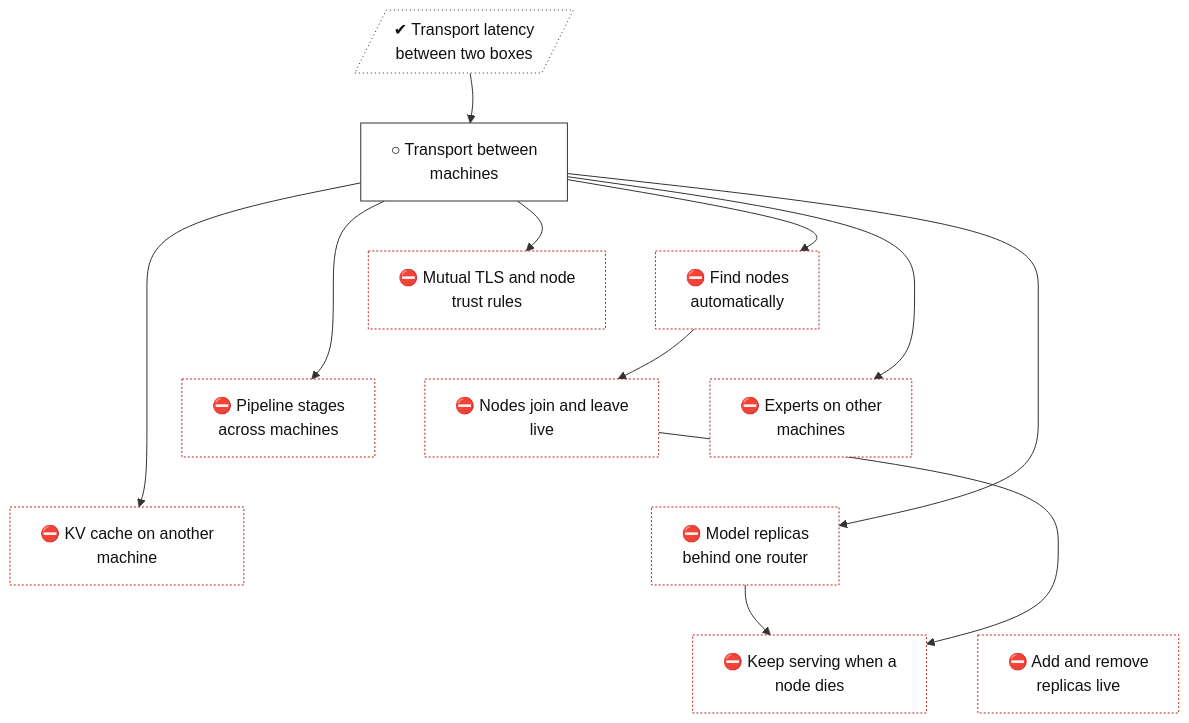
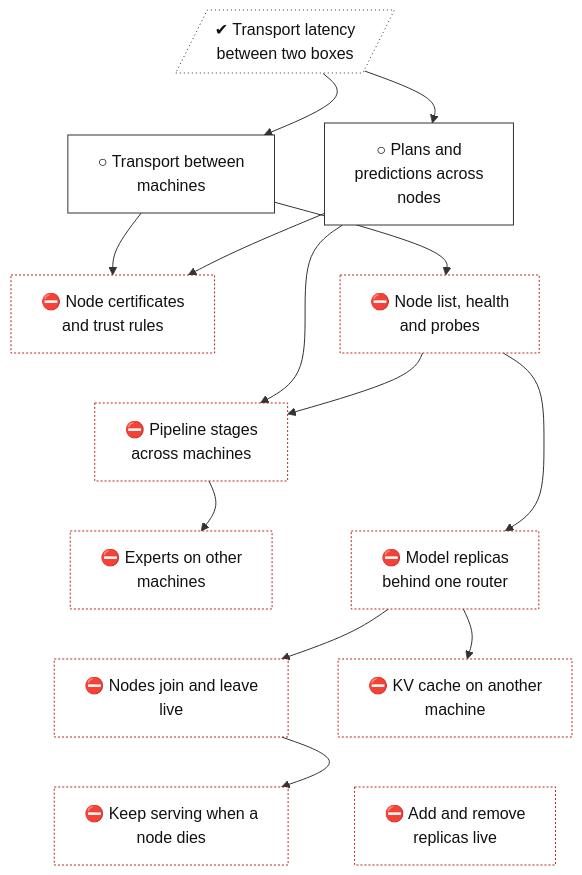
Before and after one commit to lhns/tetraeder: the diagram in docs/roadmap/tracks/cluster.md, drawn with Mermaid. The commit also changed other lines of this file and 8 other files, not shown here.

````diff
--- a/docs/roadmap/tracks/cluster.md
+++ b/docs/roadmap/tracks/cluster.md
@@ -10,52 +10,56 @@
 ```mermaid
 flowchart TB
     cluster_transport_wan[/"✔ Transport latency<br/>between two boxes"/]
     cluster_transport["○ Transport between<br/>machines"]
-    cluster_mtls["⛔ Mutual TLS and node<br/>trust rules"]
-    cluster_discovery["⛔ Find nodes<br/>automatically"]
-    cluster_join_leave["⛔ Nodes join and leave<br/>live"]
+    cluster_planner["○ Plans and<br/>predictions across<br/>nodes"]
+    cluster_mtls["⛔ Node certificates<br/>and trust rules"]
+    cluster_discovery["⛔ Node list, health<br/>and probes"]
     cluster_pipeline_nodes["⛔ Pipeline stages<br/>across machines"]
     cluster_experts_nodes["⛔ Experts on other<br/>machines"]
+    cluster_replicas["⛔ Model replicas<br/>behind one router"]
+    cluster_join_leave["⛔ Nodes join and leave<br/>live"]
     cluster_remote_kv["⛔ KV cache on another<br/>machine"]
-    cluster_replicas["⛔ Model replicas<br/>behind one router"]
     cluster_failover["⛔ Keep serving when a<br/>node dies"]
     cluster_replica_scaling["⛔ Add and remove<br/>replicas live"]
     cluster_transport_wan ~~~ cluster_transport
+    cluster_transport_wan ~~~ cluster_planner
     cluster_transport ~~~ cluster_mtls
-    cluster_transport ~~~ cluster_discovery
-    cluster_mtls ~~~ cluster_join_leave
+    cluster_planner ~~~ cluster_discovery
+    cluster_mtls ~~~ cluster_pipeline_nodes
     cluster_discovery ~~~ cluster_pipeline_nodes
-    cluster_discovery ~~~ cluster_experts_nodes
-    cluster_join_leave ~~~ cluster_remote_kv
+    cluster_pipeline_nodes ~~~ cluster_experts_nodes
     cluster_pipeline_nodes ~~~ cluster_replicas
-    cluster_experts_nodes ~~~ cluster_replicas
-    cluster_remote_kv ~~~ cluster_failover
-    cluster_replicas ~~~ cluster_replica_scaling
+    cluster_experts_nodes ~~~ cluster_join_leave
+    cluster_replicas ~~~ cluster_remote_kv
+    cluster_join_leave ~~~ cluster_failover
+    cluster_remote_kv ~~~ cluster_replica_scaling
     cluster_transport_wan --> cluster_transport
+    cluster_transport_wan --> cluster_planner
     cluster_transport --> cluster_mtls
+    cluster_planner --> cluster_mtls
     cluster_transport --> cluster_discovery
-    cluster_discovery --> cluster_join_leave
-    cluster_transport --> cluster_pipeline_nodes
-    cluster_transport --> cluster_experts_nodes
-    cluster_transport --> cluster_remote_kv
-    cluster_transport --> cluster_replicas
-    cluster_replicas --> cluster_failover
+    cluster_planner --> cluster_pipeline_nodes
+    cluster_discovery --> cluster_pipeline_nodes
+    cluster_pipeline_nodes --> cluster_experts_nodes
+    cluster_discovery --> cluster_replicas
+    cluster_replicas --> cluster_join_leave
+    cluster_replicas --> cluster_remote_kv
     cluster_join_leave --> cluster_failover
     classDef vsucc fill:#2e9e4f,stroke:#1b6b34,color:#fff
     classDef succ fill:#bfe8c8,stroke:#2e9e4f,color:#111
     classDef mixed fill:#ffd37a,stroke:#c98a00,color:#111
     classDef bad fill:#f28b82,stroke:#b3261e,color:#111
     classDef dead fill:#e6e6e6,stroke:#777,stroke-dasharray:5 5,color:#555
     classDef inprog fill:#a8cdf5,stroke:#1f6fc5,color:#111
     classDef next fill:#fff,stroke:#333,color:#111
     classDef blocked fill:#fff,stroke:#b3261e,stroke-dasharray:2 2,color:#111
     classDef parked fill:#f3f3f3,stroke:#999,color:#555
     classDef unrated fill:#fff,stroke:#333,stroke-dasharray:1 3,color:#111
     classDef gate fill:#d9c2f0,stroke:#7b3fb5,color:#111
     classDef decided fill:#ece0f7,stroke:#7b3fb5,stroke-dasharray:2 2,color:#111
     classDef finding fill:#ffe0b2,stroke:#d84315,stroke-width:2px,color:#111
     classDef waiting fill:#e3f2fd,stroke:#1f6fc5,stroke-dasharray:5 5,color:#111
     class cluster_transport_wan unrated
-    class cluster_transport next
-    class cluster_mtls,cluster_discovery,cluster_join_leave,cluster_pipeline_nodes,cluster_experts_nodes,cluster_remote_kv,cluster_replicas,cluster_failover,cluster_replica_scaling blocked
+    class cluster_transport,cluster_planner next
+    class cluster_mtls,cluster_discovery,cluster_pipeline_nodes,cluster_experts_nodes,cluster_replicas,cluster_join_leave,cluster_remote_kv,cluster_failover,cluster_replica_scaling blocked
 ```
````
